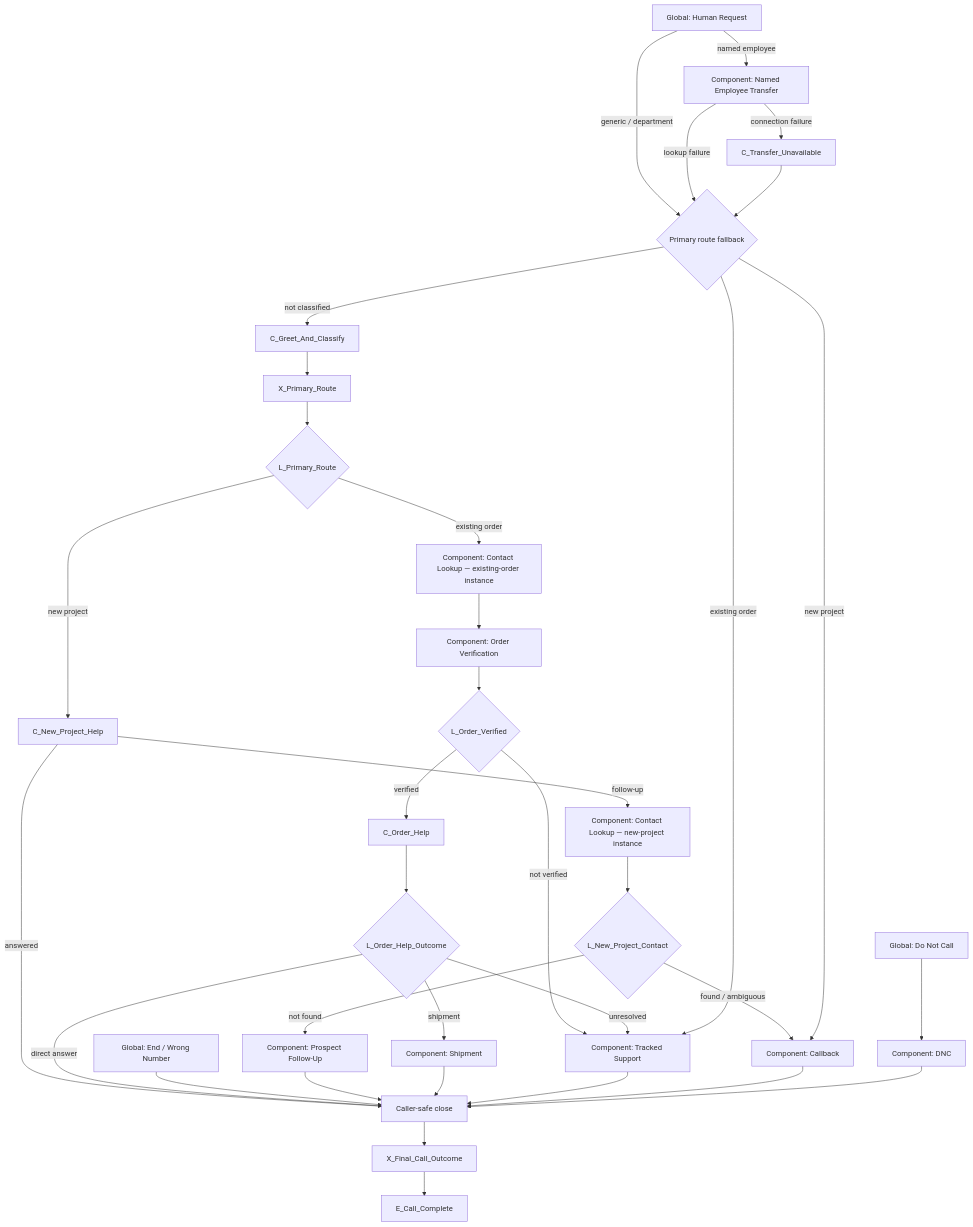
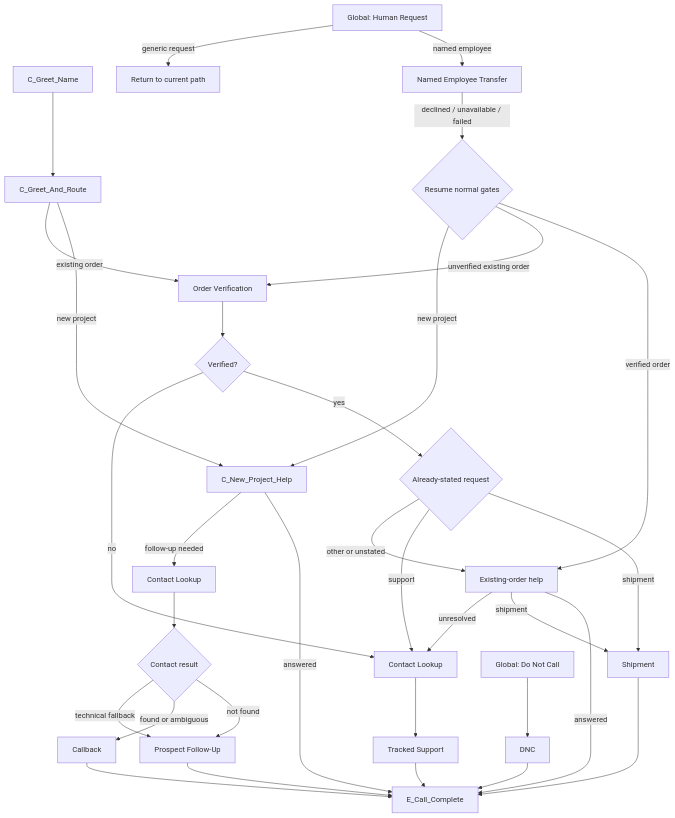
Before and after one commit to adeolaemmanuelmorren/genstone-ai-customer-agent: the diagram in retell-reference-materials/docs/retell-agent-build-spec.md, drawn with Mermaid. The commit also changed other lines of this file and 41 other files, not shown here.

````diff
--- a/retell-reference-materials/docs/retell-agent-build-spec.md
+++ b/retell-reference-materials/docs/retell-agent-build-spec.md
@@ -224,41 +138,38 @@
 ```mermaid
 flowchart TD
-    A["C_Greet_And_Classify"] --> X["X_Primary_Route"]
-    X --> R{"L_Primary_Route"}
+    NAME["C_Greet_Name"] --> A["C_Greet_And_Route"]
+    A -->|"new project"| N["C_New_Project_Help"]
+    A -->|"existing order"| OV["Order Verification"]
 
-    R -->|"new project"| N["C_New_Project_Help"]
-    N -->|"answered"| CLOSE["Caller-safe close"]
-    N -->|"follow-up"| NC["Component: Contact Lookup — new-project instance"]
-    NC --> NR{"L_New_Project_Contact"}
-    NR -->|"not found"| P["Component: Prospect Follow-Up"]
-    NR -->|"found / ambiguous"| CB["Component: Callback"]
+    N -->|"answered"| END["E_Call_Complete"]
+    N -->|"follow-up needed"| NC["Contact Lookup"]
+    NC --> NR{"Contact result"}
+    NR -->|"not found"| P["Prospect Follow-Up"]
+    NR -->|"found or ambiguous"| CB["Callback"]
+    NR -->|"technical fallback"| P
 
-    R -->|"existing order"| EC["Component: Contact Lookup — existing-order instance"]
-    EC --> OV["Component: Order Verification"]
-    OV --> VR{"L_Order_Verified"}
-    VR -->|"verified"| OH["C_Order_Help"]
-    VR -->|"not verified"| SU["Component: Tracked Support"]
-    OH --> OR{"L_Order_Help_Outcome"}
-    OR -->|"direct answer"| CLOSE
-    OR -->|"shipment"| SH["Component: Shipment"]
-    OR -->|"unresolved"| SU
+    OV --> VR{"Verified?"}
+    VR -->|"yes"| RI{"Already-stated request"}
+    VR -->|"no"| SC["Contact Lookup"]
+    RI -->|"shipment"| SH
+    RI -->|"support"| SC
+    RI -->|"other or unstated"| OH["Existing-order help"]
+    OH -->|"answered"| END
+    OH -->|"shipment"| SH["Shipment"]
+    OH -->|"unresolved"| SC
+    SC --> SU["Tracked Support"]
+    SH --> END
 
-    GH["Global: Human Request"] -->|"named employee"| TR["Component: Named Employee Transfer"]
-    GH -->|"generic / department"| HF{"Primary route fallback"}
-    TR -->|"lookup failure"| HF
-    TR -->|"connection failure"| TF["C_Transfer_Unavailable"]
-    TF --> HF
-    HF -->|"new project"| CB
-    HF -->|"existing order"| SU
-    HF -->|"not classified"| A
-    GD["Global: Do Not Call"] --> DNC["Component: DNC"]
-    GE["Global: End / Wrong Number"] --> CLOSE
+    GH["Global: Human Request"] -->|"named employee"| TR["Named Employee Transfer"]
+    GH -->|"generic request"| BACK["Return to current path"]
+    TR -->|"declined / unavailable / failed"| TF{"Resume normal gates"}
+    TF -->|"verified order"| OH
+    TF -->|"unverified existing order"| OV
+    TF -->|"new project"| N
 
-    P --> CLOSE
-    SH --> CLOSE
-    SU --> CLOSE
-    CB --> CLOSE
-    DNC --> CLOSE
-    CLOSE --> OUT["X_Final_Call_Outcome"]
-    OUT --> END["E_Call_Complete"]
+    GD["Global: Do Not Call"] --> DNC["DNC"]
+    P --> END
+    CB --> END
+    SU --> END
+    DNC --> END
 ```
````
